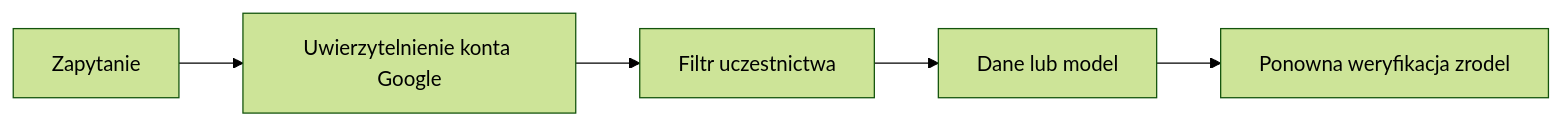
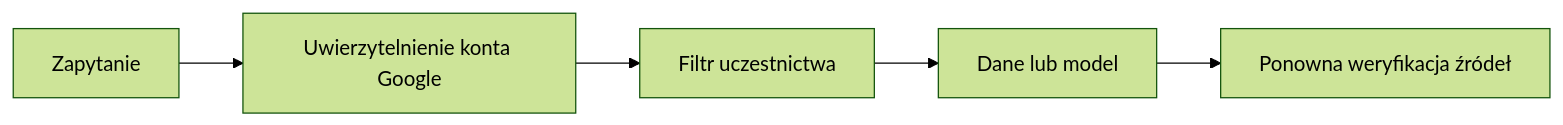
Before and after one commit to viventer/vinseo-asystent-spotkan: the first of 2 diagrams in part-a-doc.md, drawn with Mermaid (forest theme). The commit also changed other lines of this file and 1 other file, not shown here.

````diff
--- a/part-a-doc.md
+++ b/part-a-doc.md
@@ -98,7 +101,7 @@
 ```mermaid
 flowchart LR
   request[Zapytanie] --> authn[Uwierzytelnienie konta Google]
   authn --> filter[Filtr uczestnictwa]
   filter --> data[Dane lub model]
-  data --> recheck[Ponowna weryfikacja zrodel]
+  data --> recheck[Ponowna weryfikacja źródeł]
 ```
````
